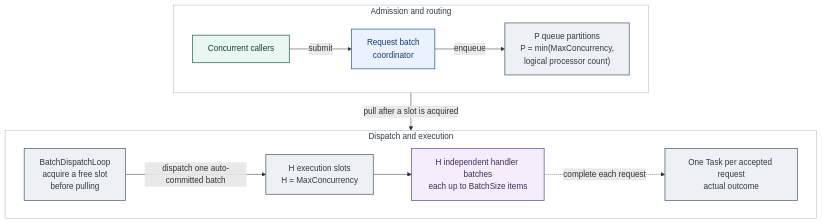
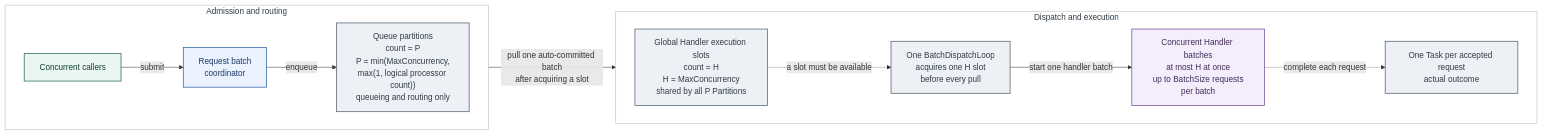
Before and after one commit to eventhorizon-cli/RequestBatcher: the diagram in docs/assets/request-batcher-dispatch-scheduling.mmd, drawn with Mermaid. The commit also changed 18 other files, not shown here.

Commit message:
docs: clarify APIs and refresh diagrams

```diff
--- a/docs/assets/request-batcher-dispatch-scheduling.mmd
+++ b/docs/assets/request-batcher-dispatch-scheduling.mmd
@@ -1,32 +1,32 @@
-flowchart TB
+flowchart LR
     subgraph admission["Admission and routing"]
         direction LR
         callers["Concurrent callers"] -->|submit| coordinator["Request batch<br/>coordinator"]
-        partitions["P queue partitions<br/>P = min(MaxConcurrency,<br/>logical processor count)"]
+        partitions["Queue partitions<br/>count = P<br/>P = min(MaxConcurrency,<br/>max(1, logical processor count))<br/>queueing and routing only"]
         coordinator -->|enqueue| partitions
     end
 
     subgraph processing["Dispatch and execution"]
         direction LR
-        dispatch["BatchDispatchLoop<br/>acquire a free slot<br/>before pulling"]
-        slots["H execution slots<br/>H = MaxConcurrency"]
-        handlers["H independent handler batches<br/>each up to BatchSize items"]
+        slots["Global Handler execution slots<br/>count = H<br/>H = MaxConcurrency<br/>shared by all P Partitions"]
+        dispatch["One BatchDispatchLoop<br/>acquires one H slot<br/>before every pull"]
+        handlers["Concurrent Handler batches<br/>at most H at once<br/>up to BatchSize requests<br/>per batch"]
         completion["One Task per accepted request<br/>actual outcome"]
-        dispatch -->|dispatch one auto-committed batch| slots
-        slots --> handlers
+        slots -.->|a slot must be available| dispatch
+        dispatch -->|start one handler batch| handlers
         handlers -.->|complete each request| completion
     end
 
-    partitions -->|pull after a slot is acquired| dispatch
+    partitions -->|pull one auto-committed batch<br/>after acquiring a slot| dispatch
 
     class callers client
     class coordinator gateway
     class partitions,dispatch,slots,completion core
     class handlers handler
 
     classDef client fill:#e9f6f1,stroke:#2f6f5e,color:#173f35,stroke-width:1.5px
     classDef gateway fill:#eaf2ff,stroke:#3567a7,color:#1d3b66,stroke-width:1.5px
     classDef core fill:#edf1f5,stroke:#596773,color:#303b44,stroke-width:1.5px
     classDef handler fill:#f4edfb,stroke:#75529b,color:#422d59,stroke-width:1.5px
     style admission fill:#ffffff,stroke:#aeb8c2,color:#303b44,stroke-width:1px
     style processing fill:#ffffff,stroke:#aeb8c2,color:#303b44,stroke-width:1px
```
